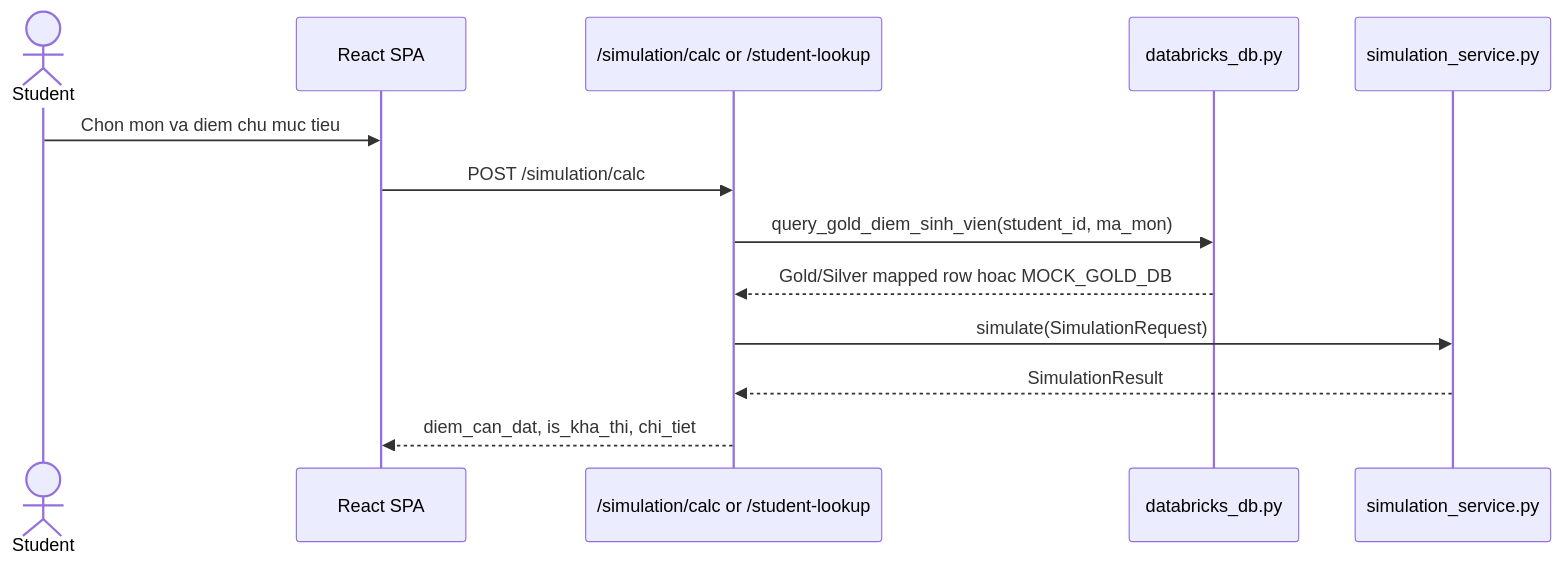
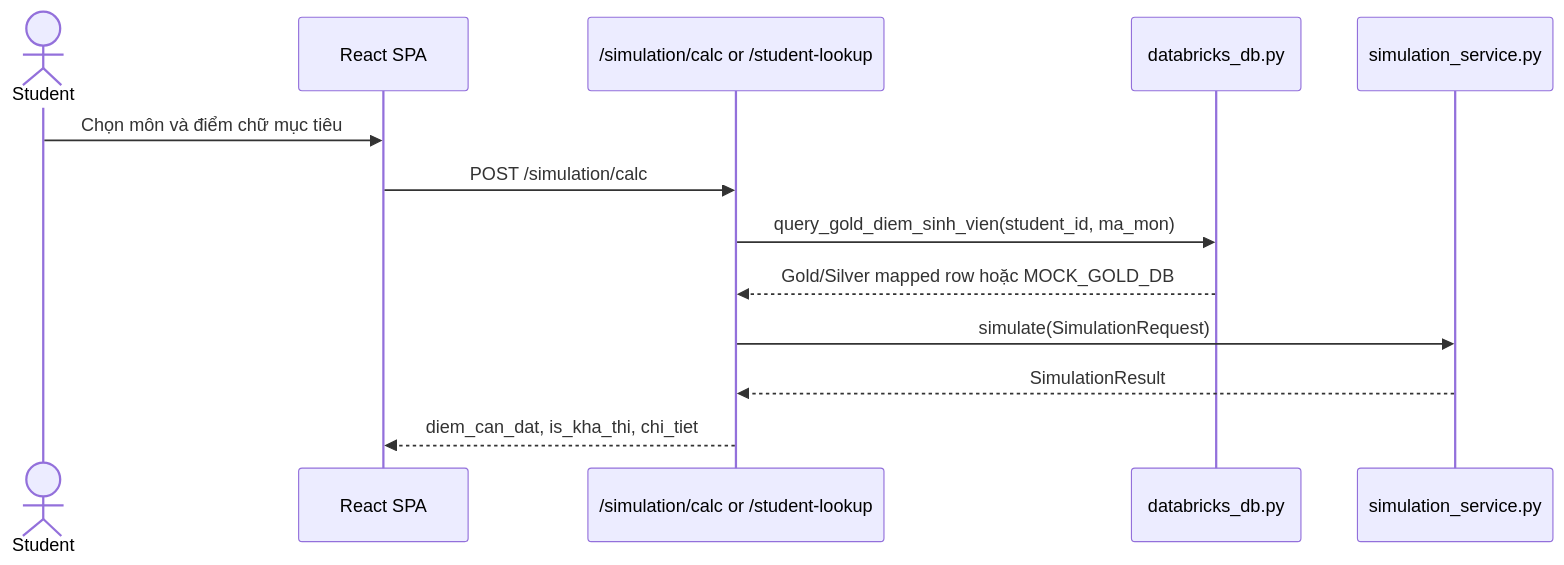
One commit to mangcutxinh/Smart-GPA changed the fifth of 8 diagrams in proposal.md. Above: the diagram before and after it, drawn with Mermaid. The commit also changed other lines of this file, not shown here.

````diff
--- a/proposal.md
+++ b/proposal.md
@@ -236,16 +236,16 @@
 ```mermaid
 sequenceDiagram
     actor Student
     participant FE as React SPA
     participant Sim as /simulation/calc or /student-lookup
     participant DDB as databricks_db.py
     participant Svc as simulation_service.py
 
-    Student->>FE: Chon mon va diem chu muc tieu
+    Student->>FE: Chọn môn và điểm chữ mục tiêu
     FE->>Sim: POST /simulation/calc
     Sim->>DDB: query_gold_diem_sinh_vien(student_id, ma_mon)
-    DDB-->>Sim: Gold/Silver mapped row hoac MOCK_GOLD_DB
+    DDB-->>Sim: Gold/Silver mapped row hoặc MOCK_GOLD_DB
     Sim->>Svc: simulate(SimulationRequest)
     Svc-->>Sim: SimulationResult
     Sim-->>FE: diem_can_dat, is_kha_thi, chi_tiet
 ```
````
